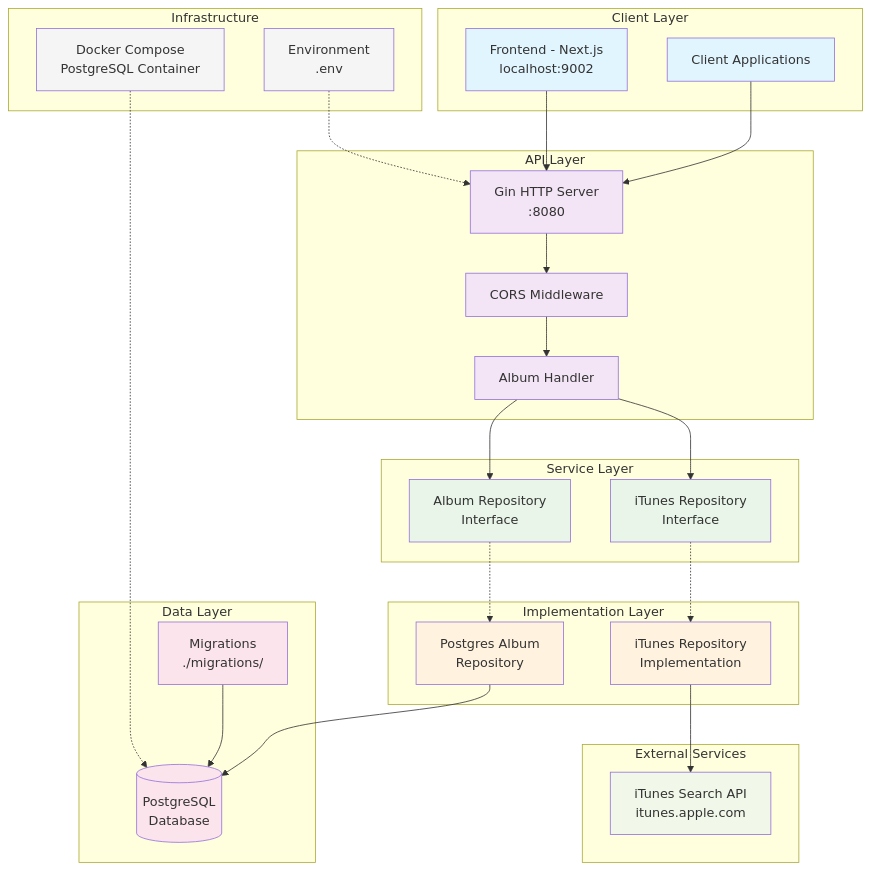
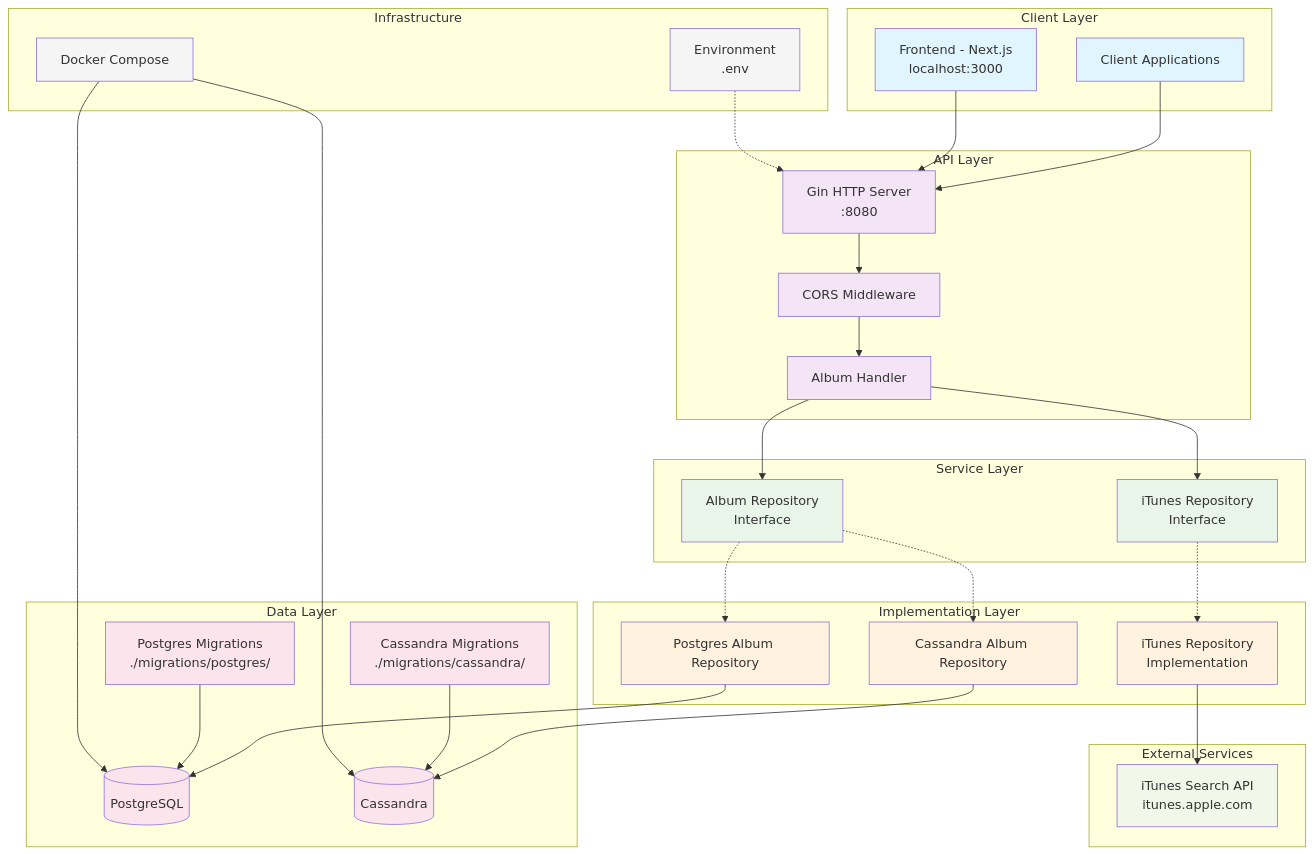
The diagram in diagrams/source/high-level-architecture.mmd (tvergilio/motown-house-backend), drawn with Mermaid before and after one commit. The commit also changed 5 other files, not shown here.

First line of the commit message:
Update high-level architecture diagram

```diff
--- a/diagrams/source/high-level-architecture.mmd
+++ b/diagrams/source/high-level-architecture.mmd
@@ -1,75 +1,82 @@
 graph TB
     subgraph "Client Layer"
         C[Client Applications]
-        F[Frontend - Next.js<br/>localhost:9002]
+        F[Frontend - Next.js<br/>localhost:3000]
     end
 
     subgraph "API Layer"
         G[Gin HTTP Server<br/>:8080]
         AH[Album Handler]
         CORS[CORS Middleware]
     end
 
     subgraph "Service Layer"
         AR[Album Repository<br/>Interface]
         ITR[iTunes Repository<br/>Interface]
     end
 
     subgraph "Implementation Layer"
-        PAR[Postgres Album<br/>Repository]
+        PAR[Postgres Album Repository]
+        CAR[Cassandra Album Repository]
         ITRAPL[iTunes Repository<br/>Implementation]
     end
 
     subgraph "Data Layer"
-        PG[(PostgreSQL<br/>Database)]
-        MIG[Migrations<br/>./migrations/]
+        PG[(PostgreSQL)]
+        CAS[(Cassandra)]
+        PGMIG[Postgres Migrations<br/>./migrations/postgres/]
+        CASMIG[Cassandra Migrations<br/>./migrations/cassandra/]
     end
 
     subgraph "External Services"
         ITUNES[iTunes Search API<br/>itunes.apple.com]
     end
 
     subgraph "Infrastructure"
         ENV[Environment<br/>.env]
-        DOCKER[Docker Compose<br/>PostgreSQL Container]
+        DOCKER[Docker Compose]
     end
 
     %% Client connections
     C --> G
     F --> G
 
-    %% API Layer connections
+    %% API Layer
     G --> CORS
     CORS --> AH
     AH --> AR
     AH --> ITR
 
     %% Service to Implementation
     AR -.-> PAR
+    AR -.-> CAR
     ITR -.-> ITRAPL
 
     %% Data connections
     PAR --> PG
-    MIG --> PG
+    CAR --> CAS
+    PGMIG --> PG
+    CASMIG --> CAS
     ITRAPL --> ITUNES
 
     %% Infrastructure
     ENV -.-> G
-    DOCKER -.-> PG
+    DOCKER --> PG
+    DOCKER --> CAS
 
     %% Styling
     classDef client fill:#e1f5fe
     classDef api fill:#f3e5f5
     classDef service fill:#e8f5e8
     classDef impl fill:#fff3e0
     classDef data fill:#fce4ec
     classDef external fill:#f1f8e9
     classDef infra fill:#f5f5f5
 
     class C,F client
     class G,AH,CORS api
     class AR,ITR service
-    class PAR,ITRAPL impl
-    class PG,MIG data
+    class PAR,CAR,ITRAPL impl
+    class PG,CAS,PGMIG,CASMIG data
     class ITUNES external
     class ENV,DOCKER infra
```
